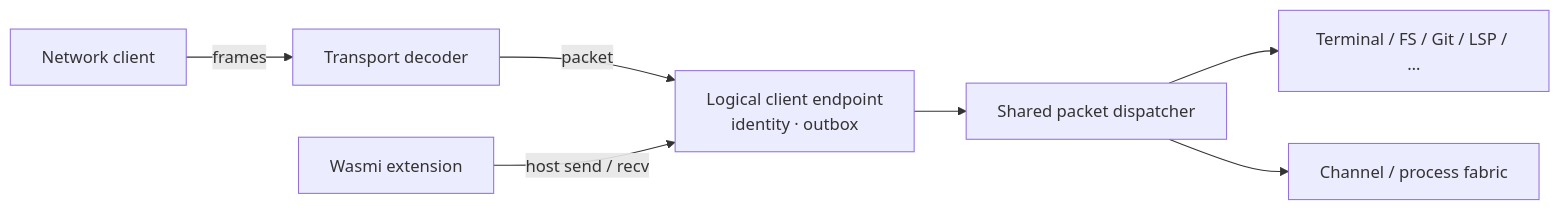
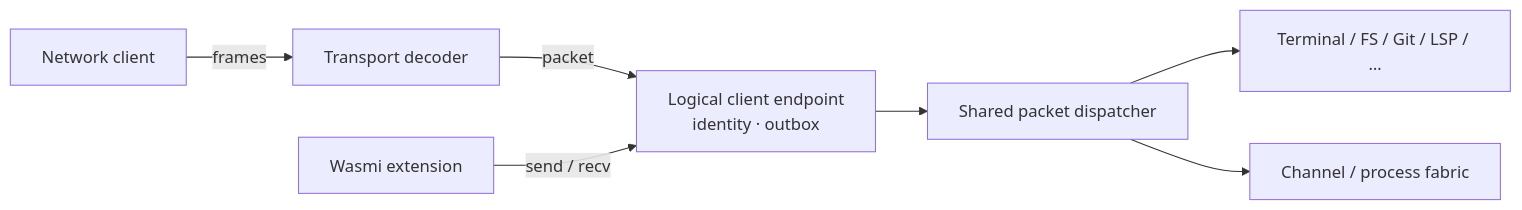
One commit to indent-com/blit changed the first of 2 diagrams in docs/design/extensions.md. Above: the diagram before and after it, drawn with Mermaid. The commit also changed other lines of this file and 1 other file, not shown here.

Commit message:
docs: close extension RFC re-review gaps

````diff
--- a/docs/design/extensions.md
+++ b/docs/design/extensions.md
@@ -221,9 +223,9 @@
 ```mermaid
 flowchart LR
     Network["Network client"] -->|frames| Decoder["Transport decoder"]
     Decoder -->|packet| Endpoint["Logical client endpoint<br/>identity · outbox"]
-    Extension["Wasmi extension"] -->|host send / recv| Endpoint
+    Extension["Wasmi extension"] -->|send / recv| Endpoint
     Endpoint --> Dispatcher["Shared packet dispatcher"]
     Dispatcher --> Existing["Terminal / FS / Git / LSP / …"]
     Dispatcher --> Fabric["Channel / process fabric"]
 ```
````
